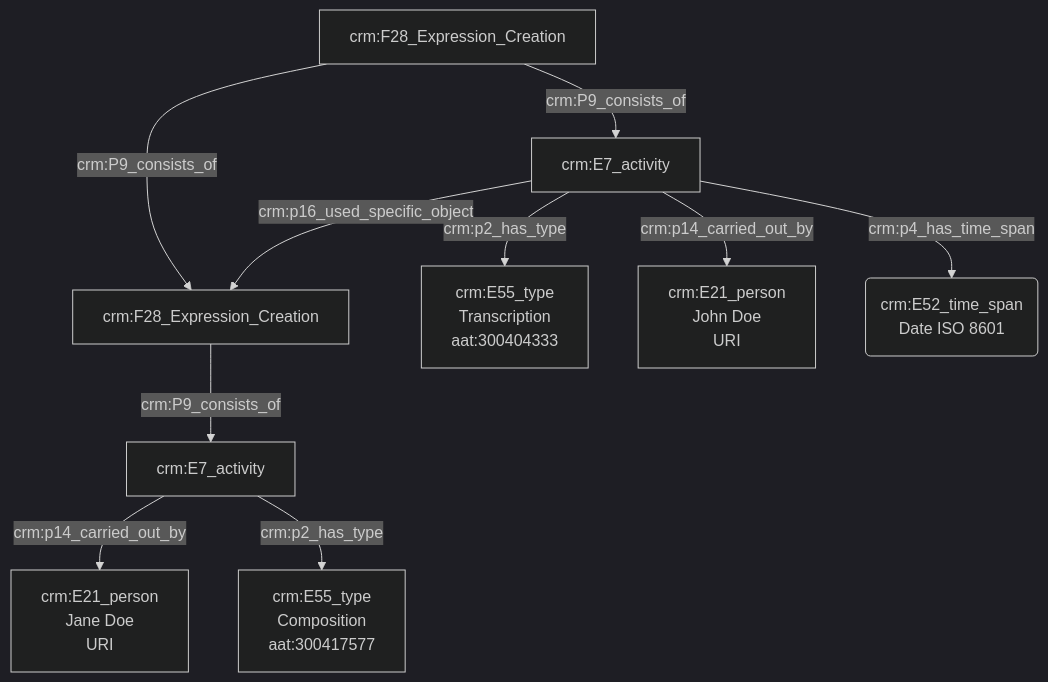
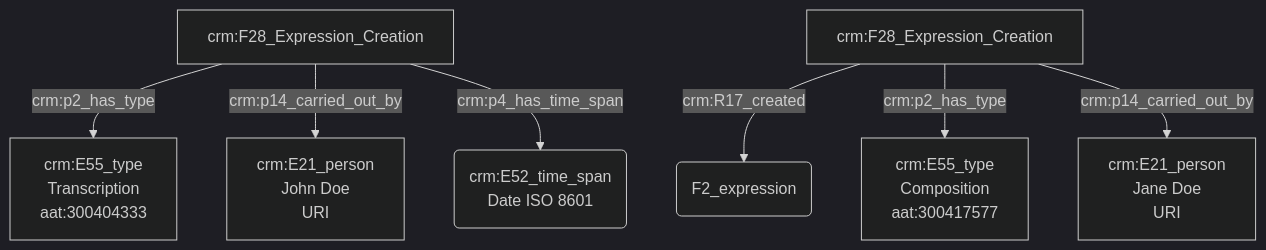
Before and after one commit to Amleth/consortium-musica2-gt2-ontologies: the diagram in modules/livrables/Dossier 2/Indexation conceptuelle/transcription d'une œuvre.md, drawn with Mermaid (dark theme).

Commit message:
Update transcription d'une œuvre.md

````diff
--- a/modules/livrables/Dossier 2/Indexation conceptuelle/transcription d'une œuvre.md
+++ b/modules/livrables/Dossier 2/Indexation conceptuelle/transcription d'une œuvre.md
@@ -18,16 +18,13 @@
 ```mermaid
 graph TD;
 
-H[crm:F28_Expression_Creation] --> |crm:P9_consists_of| A[crm:F28_Expression_Creation]
-H[crm:F28_Expression_Creation] --> |crm:P9_consists_of| D[crm:F28_Expression_Creation]
 
-A[crm:E7_activity] --> |crm:p2_has_type| B[crm:E55_type<br>Transcription<br>aat:300404333]
-A[crm:E7_activity] --> |crm:p14_carried_out_by| C[crm:E21_person<br>John Doe<br>URI]
-A[crm:E7_activity] --> |crm:p16_used_specific_object| D[crm:F27_work_creation]
-A[crm:E7_activity] --> |crm:p4_has_time_span| I(crm:E52_time_span<br>Date ISO 8601)
+A[crm:F28_Expression_Creation] --> |crm:p2_has_type| B[crm:E55_type<br>Transcription<br>aat:300404333]
+A[crm:F28_Expression_Creation] --> |crm:p14_carried_out_by| C[crm:E21_person<br>John Doe<br>URI]
+A[crm:F28_Expression_Creation] --> |crm:p4_has_time_span| I(crm:E52_time_span<br>Date ISO 8601)
 
-E[crm:E7_activity] --> |crm:p14_carried_out_by| F[crm:E21_person<br>Jane Doe<br>URI]
-E[crm:E7_activity] --> |crm:p2_has_type| G[crm:E55_type<br>Composition<br>aat:300417577]
-D[crm:F28_Expression_Creation]  --> |crm:P9_consists_of| E[crm:E7_activity]
+E[crm:F28_Expression_Creation] --> |crm:R17_created| M(F2_expression)
+E[crm:F28_Expression_Creation] --> |crm:p2_has_type| G[crm:E55_type<br>Composition<br>aat:300417577]
+E[crm:F28_Expression_Creation] --> |crm:p14_carried_out_by| F[crm:E21_person<br>Jane Doe<br>URI]
 
 ```
````
